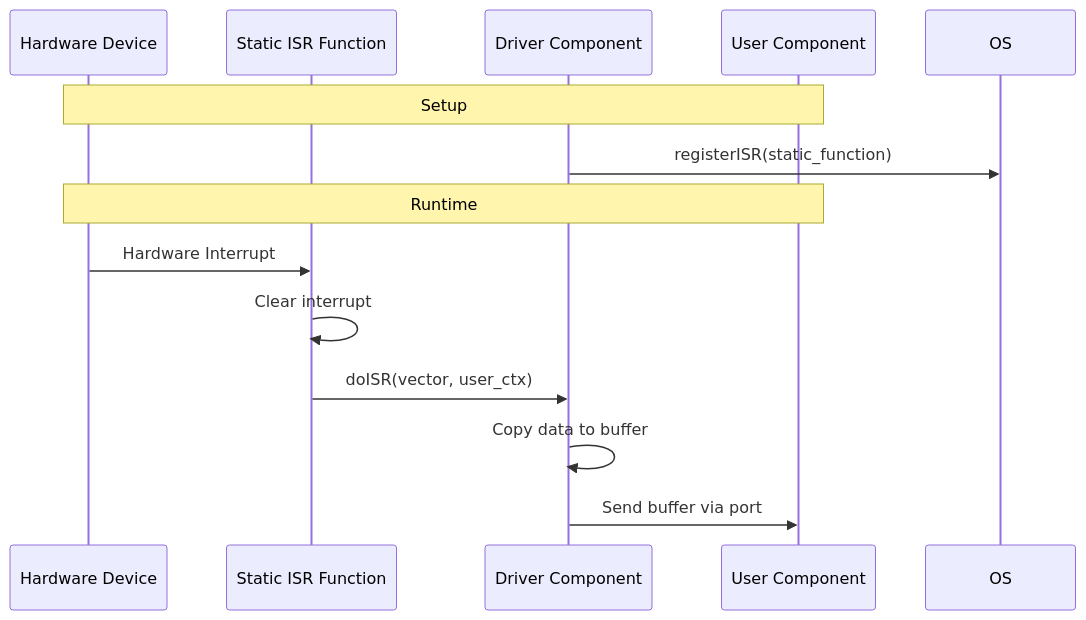
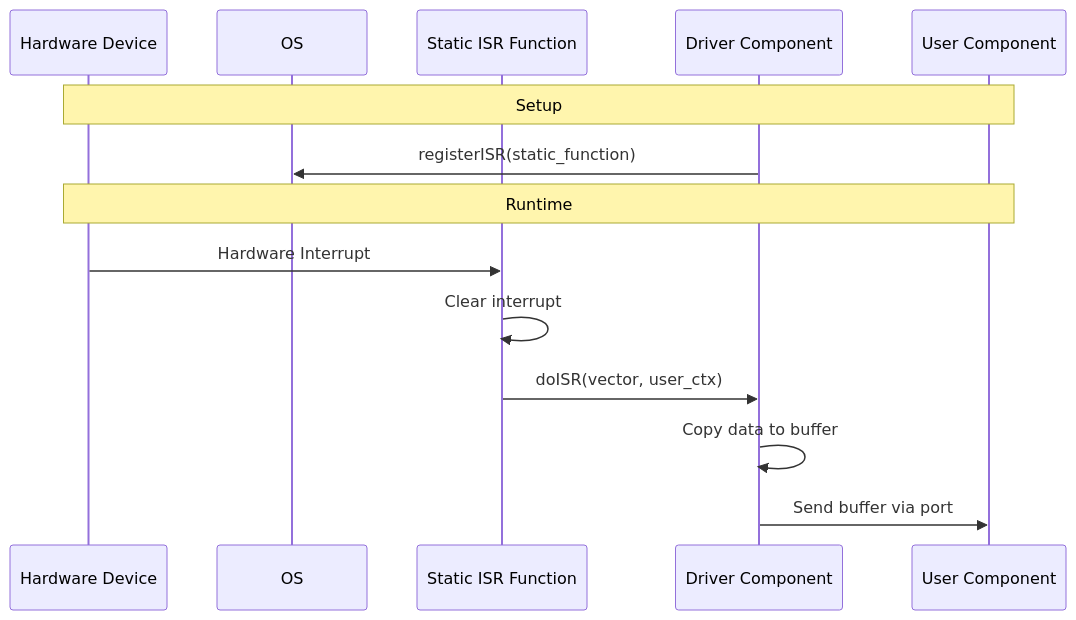
The diagram in docs/user-manual/design-patterns/isr-driver.md (nasa/fprime), drawn with Mermaid before and after one commit. The commit also changed other lines of this file and 2 other files, not shown here.

````diff
--- a/docs/user-manual/design-patterns/isr-driver.md
+++ b/docs/user-manual/design-patterns/isr-driver.md
@@ -59,17 +71,18 @@
 ```mermaid
 sequenceDiagram
     participant HW as Hardware Device
+    participant OS as OS
     participant ISR as Static ISR Function
     participant Driver as Driver Component
     participant User as User Component
-    
+
     Note over HW,User: Setup
     Driver->>OS: registerISR(static_function)
-    
+
     Note over HW,User: Runtime
     HW->>ISR: Hardware Interrupt
     ISR->>ISR: Clear interrupt
     ISR->>Driver: doISR(vector, user_ctx)
     Driver->>Driver: Copy data to buffer
     Driver->>User: Send buffer via port
 ```
````
